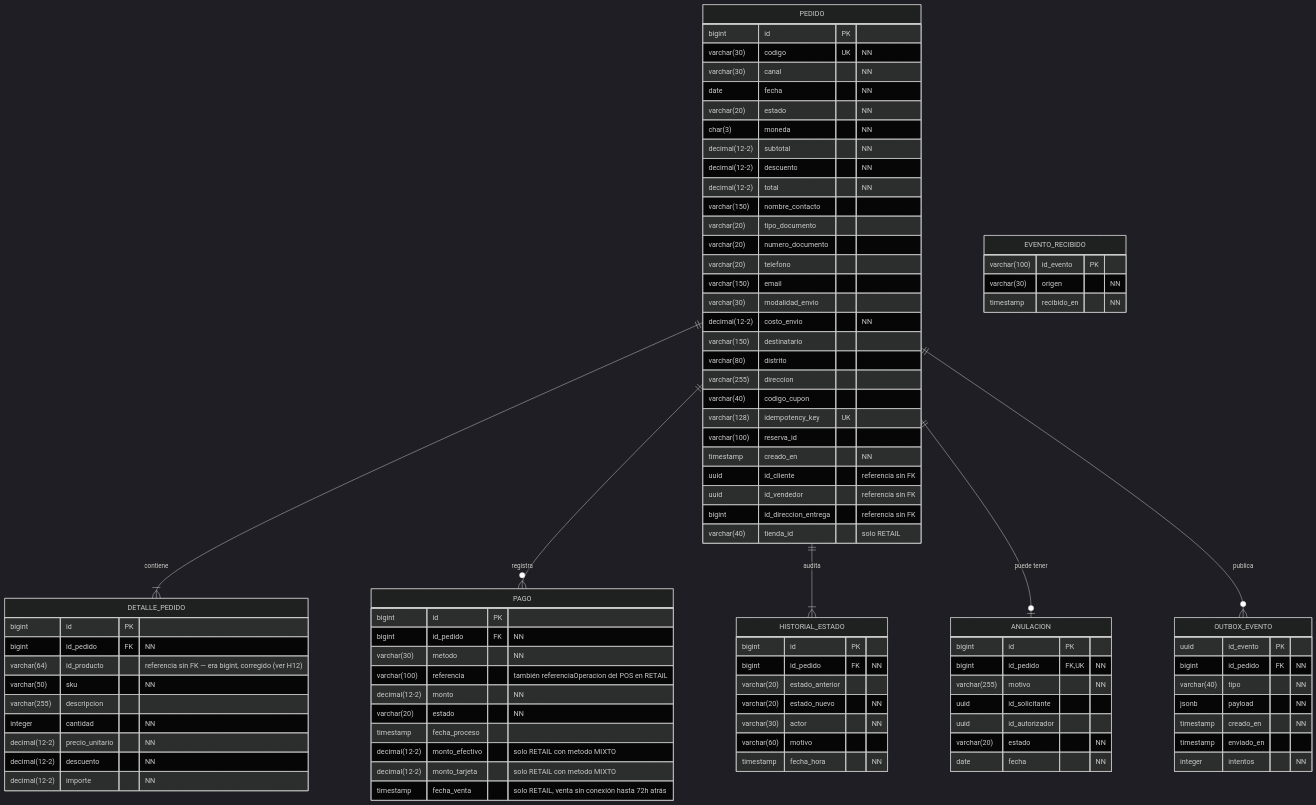
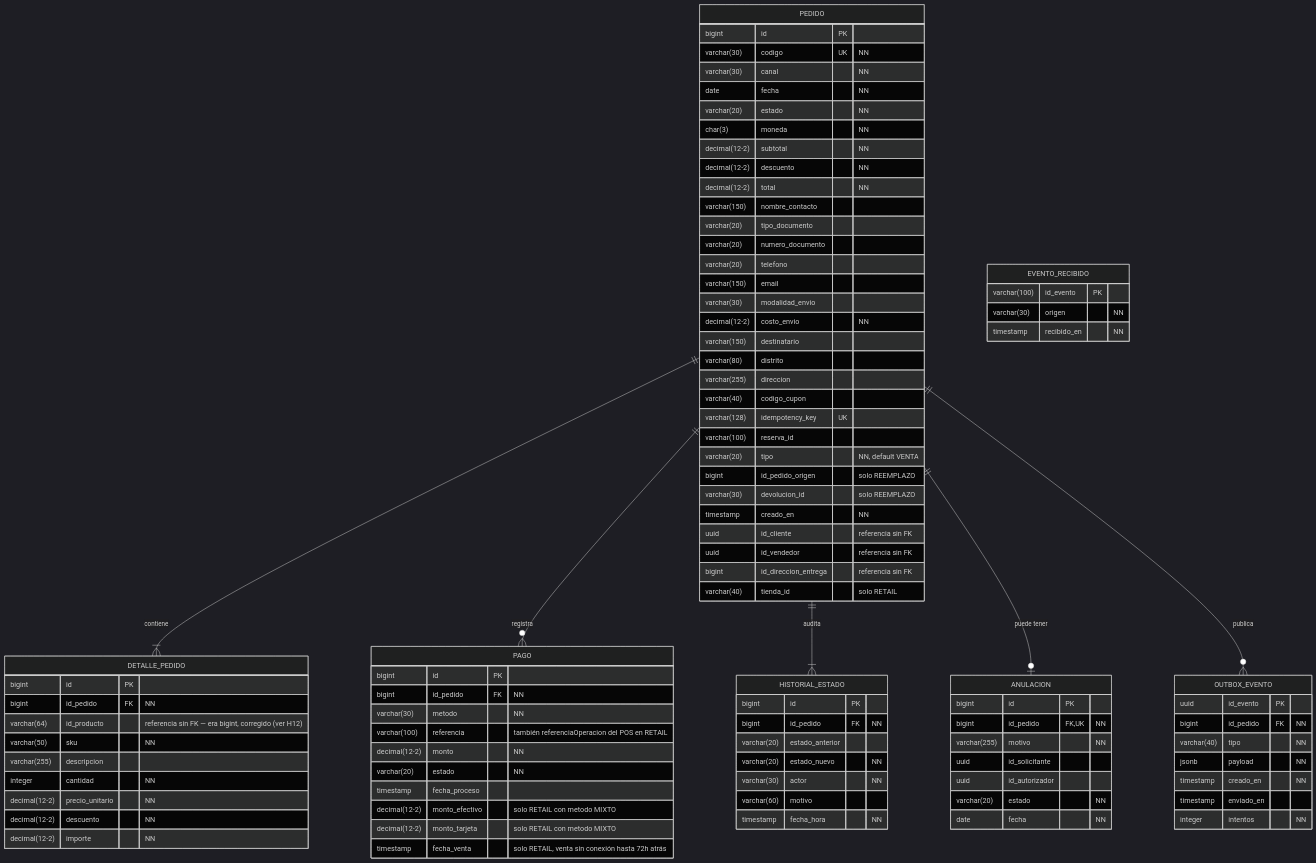
Before and after one commit to Taller-SW-Web/G5-Ventas-Postventas: the first of 2 diagrams in diseno/diagramas/bd/diagrama-logico.md, drawn with Mermaid (dark theme). The commit also changed 14 other files, not shown here.

```diff
--- a/diseno/diagramas/bd/diagrama-logico.md
+++ b/diseno/diagramas/bd/diagrama-logico.md
@@ -43,6 +43,9 @@
         varchar(40) codigo_cupon
         varchar(128) idempotency_key UK
         varchar(100) reserva_id
+        varchar(20) tipo "NN, default VENTA"
+        bigint id_pedido_origen "solo REEMPLAZO"
+        varchar(30) devolucion_id "solo REEMPLAZO"
         timestamp creado_en "NN"
         uuid id_cliente "referencia sin FK"
         uuid id_vendedor "referencia sin FK"
```
